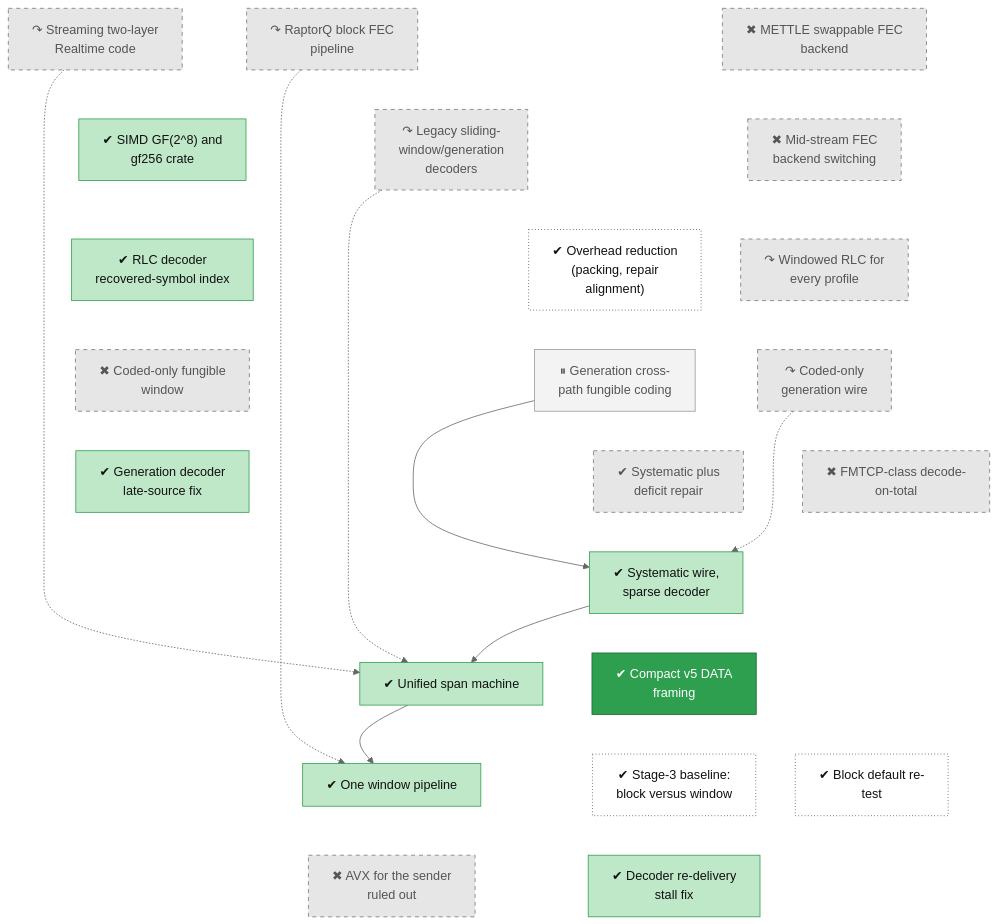
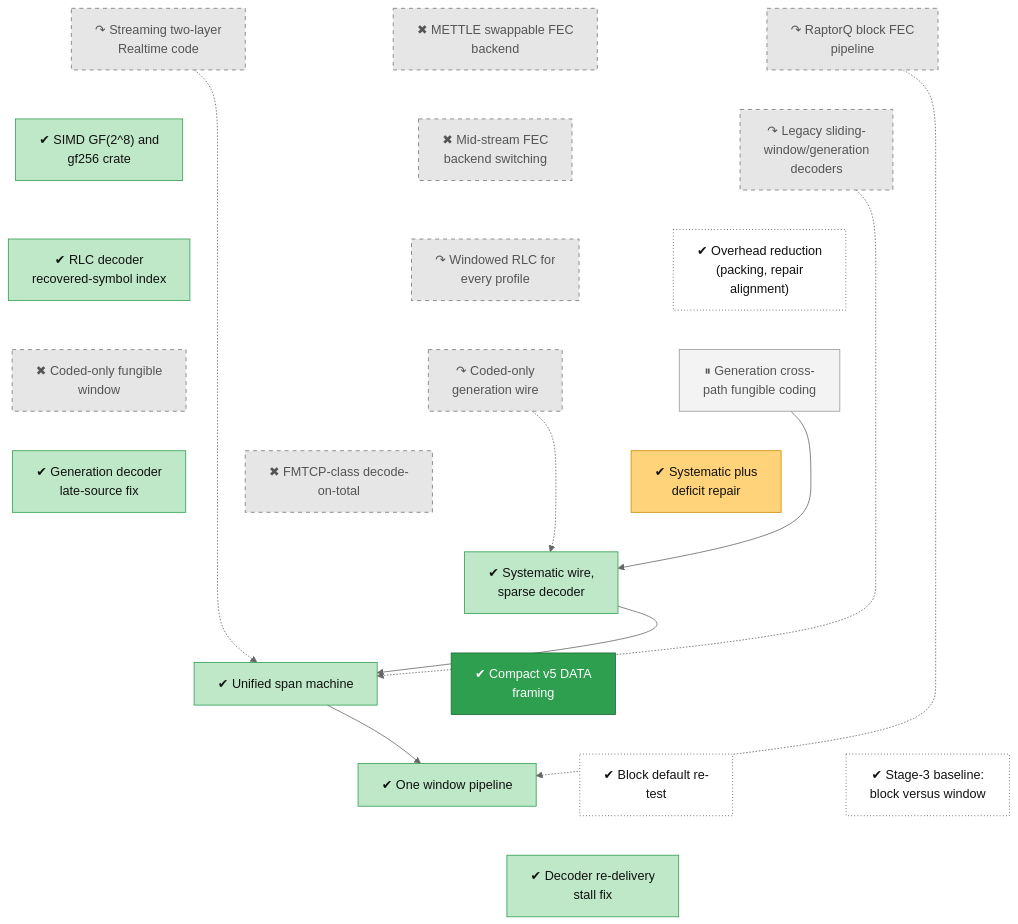
One commit to lhns/raptorpath changed the diagram in docs/roadmap/tracks/cod.md. Above: the diagram before and after it, drawn with Mermaid (neutral theme). The commit also changed other lines of this file and 17 other files, not shown here.

First line of the commit message:
roadmap: apply the merged-roadmap review

````diff
--- a/docs/roadmap/tracks/cod.md
+++ b/docs/roadmap/tracks/cod.md
@@ -10,74 +10,74 @@
 ```mermaid
 flowchart TB
     cod_block_pipeline["↷ RaptorQ block FEC<br/>pipeline"]
     cod_mettle["✖ METTLE swappable FEC<br/>backend"]
     cod_streaming_code["↷ Streaming two-layer<br/>Realtime code"]
     cod_legacy_rlc["↷ Legacy sliding-<br/>window/generation<br/>decoders"]
     cod_backend_switch["✖ Mid-stream FEC<br/>backend switching"]
     cod_gf256_simd["✔ SIMD GF(2^8) and<br/>gf256 crate"]
     cod_overhead_reduction["✔ Overhead reduction<br/>(packing, repair<br/>alignment)"]
     cod_rlc_all_profiles["↷ Windowed RLC for<br/>every profile"]
     cod_rlc_index["✔ RLC decoder<br/>recovered-symbol index"]
     cod_generation_coding["⏸ Generation cross-<br/>path fungible coding"]
     cod_coded_only_wire["↷ Coded-only<br/>generation wire"]
     cod_fungible_window["✖ Coded-only fungible<br/>window"]
     cod_systematic_deficit["✔ Systematic plus<br/>deficit repair"]
     cod_fmtcp["✖ FMTCP-class decode-<br/>on-total"]
     cod_gen_decoder_fix["✔ Generation decoder<br/>late-source fix"]
     cod_systematic_wire["✔ Systematic wire,<br/>sparse decoder"]
     cod_unified_span["✔ Unified span machine"]
     cod_wire_compact["✔ Compact v5 DATA<br/>framing"]
     cod_one_pipeline["✔ One window pipeline"]
     cod_s4_block_retest["✔ Block default re-<br/>test"]
     cod_s5_stage3_baseline["✔ Stage-3 baseline:<br/>block versus window"]
-    cod_simd_sender["✖ AVX for the sender<br/>ruled out"]
     cod_debug_stall["✔ Decoder re-delivery<br/>stall fix"]
     cod_block_pipeline ~~~ cod_legacy_rlc
     cod_mettle ~~~ cod_backend_switch
     cod_streaming_code ~~~ cod_gf256_simd
     cod_legacy_rlc ~~~ cod_overhead_reduction
     cod_backend_switch ~~~ cod_rlc_all_profiles
     cod_gf256_simd ~~~ cod_rlc_index
     cod_overhead_reduction ~~~ cod_generation_coding
     cod_rlc_all_profiles ~~~ cod_coded_only_wire
     cod_rlc_index ~~~ cod_fungible_window
     cod_generation_coding ~~~ cod_systematic_deficit
     cod_coded_only_wire ~~~ cod_fmtcp
     cod_fungible_window ~~~ cod_gen_decoder_fix
     cod_systematic_deficit ~~~ cod_systematic_wire
     cod_fmtcp ~~~ cod_systematic_wire
     cod_gen_decoder_fix ~~~ cod_systematic_wire
     cod_systematic_wire ~~~ cod_unified_span
     cod_systematic_wire ~~~ cod_wire_compact
     cod_unified_span ~~~ cod_one_pipeline
     cod_wire_compact ~~~ cod_s4_block_retest
     cod_wire_compact ~~~ cod_s5_stage3_baseline
-    cod_one_pipeline ~~~ cod_simd_sender
+    cod_one_pipeline ~~~ cod_debug_stall
     cod_s4_block_retest ~~~ cod_debug_stall
     cod_s5_stage3_baseline ~~~ cod_debug_stall
     cod_block_pipeline -.-> cod_one_pipeline
     cod_streaming_code -.-> cod_unified_span
     cod_legacy_rlc -.-> cod_unified_span
     cod_coded_only_wire -.-> cod_systematic_wire
     cod_generation_coding --> cod_systematic_wire
     cod_systematic_wire --> cod_unified_span
     cod_unified_span --> cod_one_pipeline
     classDef vsucc fill:#2e9e4f,stroke:#1b6b34,color:#fff
     classDef succ fill:#bfe8c8,stroke:#2e9e4f,color:#111
     classDef mixed fill:#ffd37a,stroke:#c98a00,color:#111
     classDef bad fill:#f28b82,stroke:#b3261e,color:#111
     classDef dead fill:#e6e6e6,stroke:#777,stroke-dasharray:5 5,color:#555
     classDef inprog fill:#a8cdf5,stroke:#1f6fc5,color:#111
     classDef next fill:#fff,stroke:#333,color:#111
     classDef blocked fill:#fff,stroke:#b3261e,stroke-dasharray:2 2,color:#111
     classDef parked fill:#f3f3f3,stroke:#999,color:#555
     classDef unrated fill:#fff,stroke:#333,stroke-dasharray:1 3,color:#111
     classDef userdec fill:#d9c2f0,stroke:#7b3fb5,color:#111
     classDef defect fill:#ffe0b2,stroke:#d84315,stroke-width:2px,color:#111
     classDef waiting fill:#e3f2fd,stroke:#1f6fc5,stroke-dasharray:5 5,color:#111
-    class cod_block_pipeline,cod_mettle,cod_streaming_code,cod_legacy_rlc,cod_backend_switch,cod_rlc_all_profiles,cod_coded_only_wire,cod_fungible_window,cod_systematic_deficit,cod_fmtcp,cod_simd_sender dead
+    class cod_block_pipeline,cod_mettle,cod_streaming_code,cod_legacy_rlc,cod_backend_switch,cod_rlc_all_profiles,cod_coded_only_wire,cod_fungible_window,cod_fmtcp dead
     class cod_gf256_simd,cod_rlc_index,cod_gen_decoder_fix,cod_systematic_wire,cod_unified_span,cod_one_pipeline,cod_debug_stall succ
     class cod_overhead_reduction,cod_s4_block_retest,cod_s5_stage3_baseline unrated
     class cod_generation_coding parked
+    class cod_systematic_deficit mixed
     class cod_wire_compact vsucc
 ```
````
